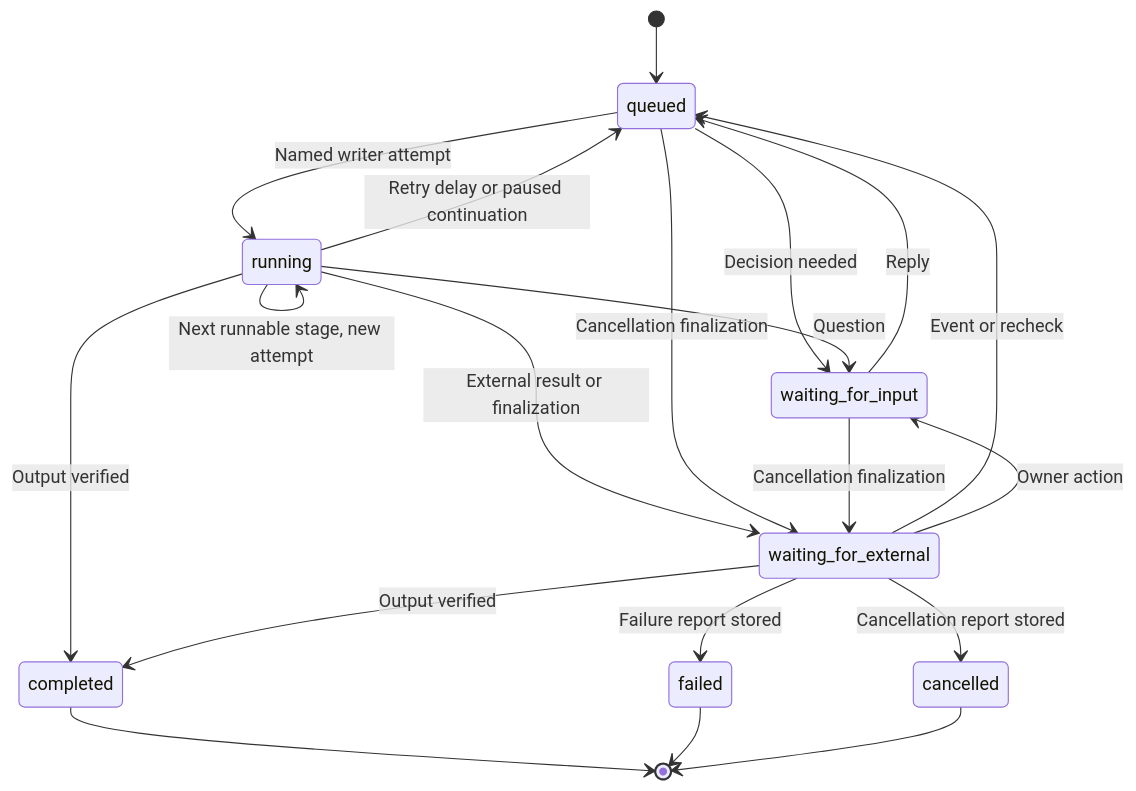
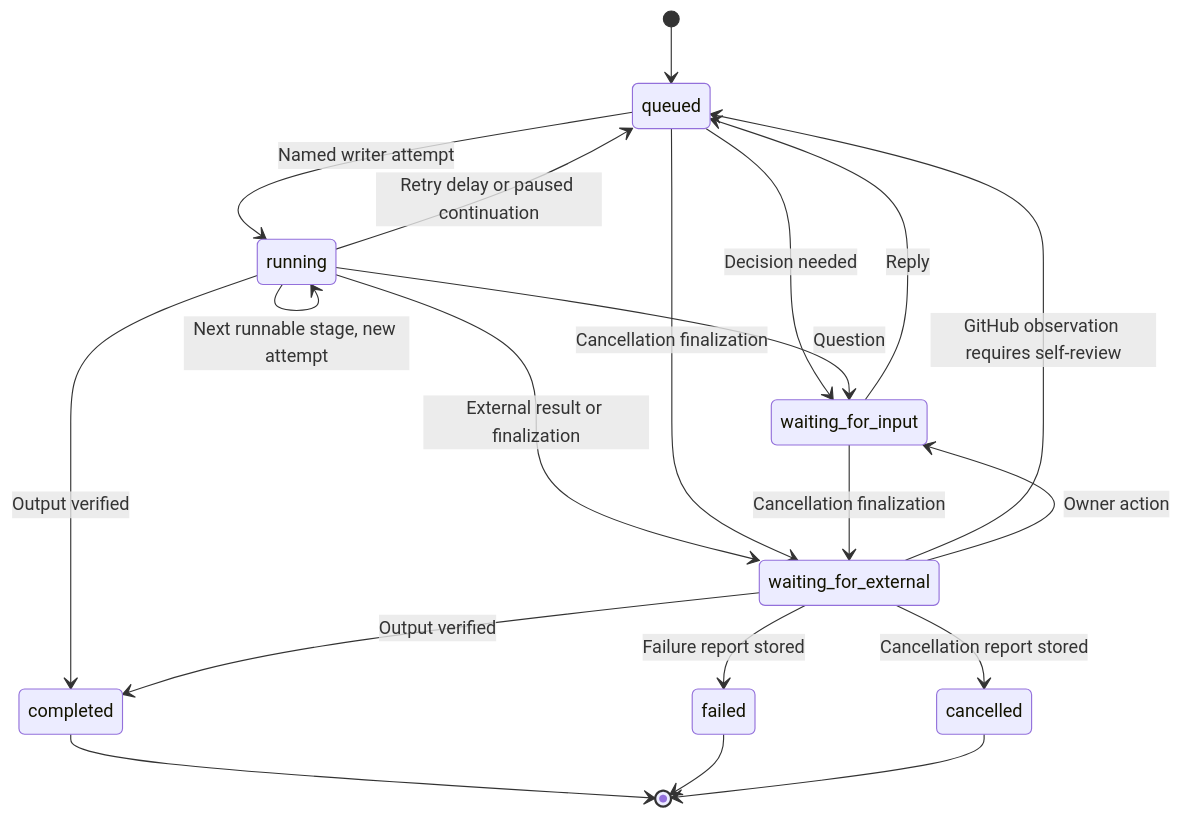
Before and after one commit to caltseng/phalanx: the second of 2 diagrams in STATE_MACHINE.md, drawn with Mermaid. The commit also changed other lines of this file and 29 other files, not shown here.

````diff
--- a/STATE_MACHINE.md
+++ b/STATE_MACHINE.md
@@ -105,24 +105,24 @@
 ```mermaid
 stateDiagram-v2
     accTitle: Execution status, separate from lifecycle stage
-    accDescr: Queued work starts a fenced attempt. Questions wait for replies and external waits resume on observations or rechecks. Completed, failed and cancelled executions retain exactly one output.
+    accDescr: Queued work starts a fenced attempt. Questions wait for replies and delivery waits advance on GitHub observations. Completed, failed and cancelled executions retain exactly one output.
     [*] --> queued
     queued --> running: Named writer attempt
     running --> running: Next runnable stage, new attempt
     queued --> waiting_for_input: Decision needed
     running --> queued: Retry delay or paused continuation
     running --> waiting_for_input: Question
     running --> waiting_for_external: External result or finalization
     running --> completed: Output verified
     waiting_for_input --> queued: Reply
-    waiting_for_external --> queued: Event or recheck
+    waiting_for_external --> queued: GitHub observation requires self-review
     waiting_for_external --> waiting_for_input: Owner action
     waiting_for_external --> completed: Output verified
     queued --> waiting_for_external: Cancellation finalization
     waiting_for_input --> waiting_for_external: Cancellation finalization
     waiting_for_external --> failed: Failure report stored
     waiting_for_external --> cancelled: Cancellation report stored
     completed --> [*]
     failed --> [*]
     cancelled --> [*]
 ```
````
